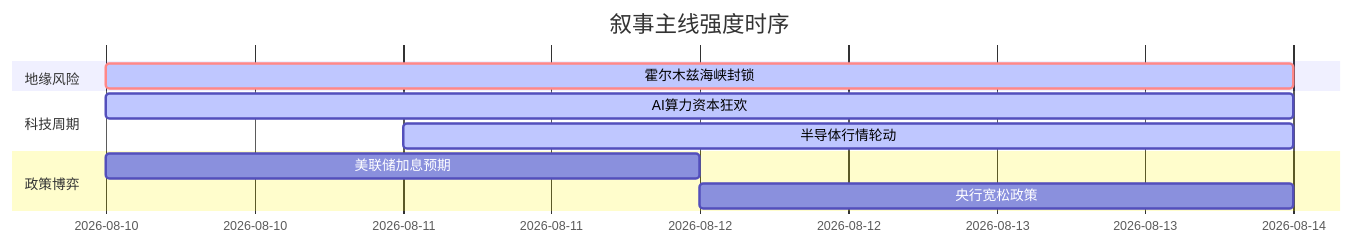
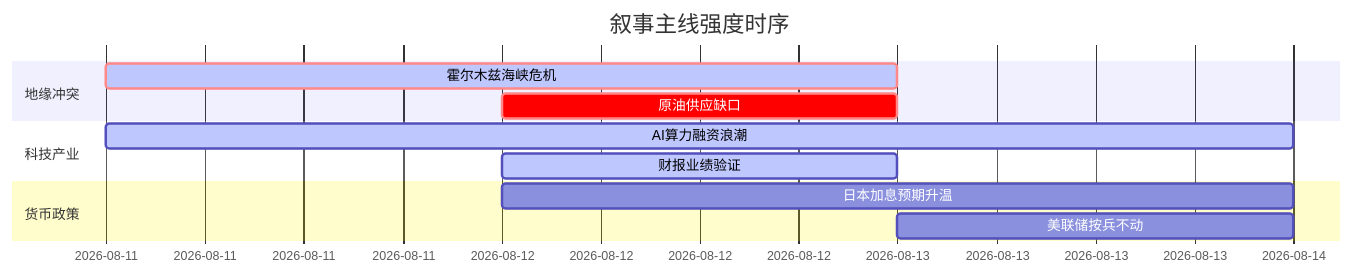
Before and after one commit to uu5zn/uu5zn.github.io: the diagram in 5day_report.md, drawn with Mermaid. The commit also changed other lines of this file and 24 other files, not shown here.

````diff
--- a/5day_report.md
+++ b/5day_report.md
@@ -58,15 +58,16 @@
 ```mermaid
 gantt
     title 叙事主线强度时序
     dateFormat YYYY-MM-DD
-    section 地缘风险
-    霍尔木兹海峡封锁   :crit, active, 2026-08-10, 4d
+    section 地缘冲突
+    霍尔木兹海峡危机   :crit, active, 2026-08-11, 2d
+    原油供应缺口       :crit, 2026-08-12, 1d
     
-    section 科技周期
-    AI算力资本狂欢    :active, 2026-08-10, 4d
-    半导体行情轮动    :active, 2026-08-11, 3d
+    section 科技产业
+    AI算力融资浪潮     :active, 2026-08-11, 3d
+    财报业绩验证       :active, 2026-08-12, 1d
     
-    section 政策博弈
-    美联储加息预期    :2026-08-10, 2d
-    央行宽松政策      :2026-08-12, 2d
+    section 货币政策
+    日本加息预期升温   :2026-08-12, 2d
+    美联储按兵不动     :2026-08-13, 1d
 ```
````
